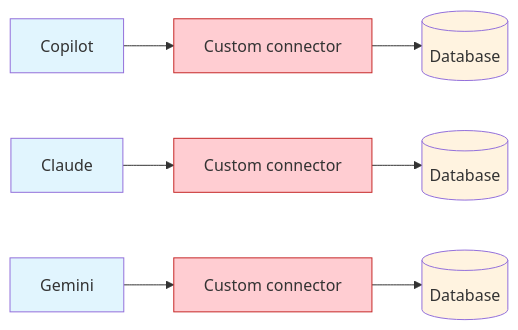
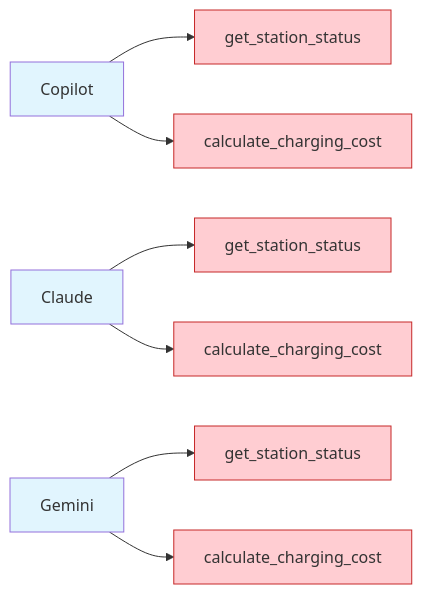
One commit to delegateas/agentic-swe-workshops changed the diagram in images/mcp-problem.mmd. Above: the diagram before and after it, drawn with Mermaid. The commit also changed 3 other files, not shown here.

First line of the commit message:
docs: update MCP diagrams to show tools instead of databases

```diff
--- a/images/mcp-problem.mmd
+++ b/images/mcp-problem.mmd
@@ -1,8 +1,10 @@
 flowchart LR
-    Copilot:::llm --> CC2[Custom connector]:::red --> DB2[(Database)]:::db
-    Claude:::llm --> CC1[Custom connector]:::red --> DB1[(Database)]:::db
-    Gemini:::llm --> CC3[Custom connector]:::red --> DB3[(Database)]:::db
+    Copilot:::llm --> T1[get_station_status]:::red
+    Copilot --> T2[calculate_charging_cost]:::red
+    Claude:::llm --> T3[get_station_status]:::red
+    Claude --> T4[calculate_charging_cost]:::red
+    Gemini:::llm --> T5[get_station_status]:::red
+    Gemini --> T6[calculate_charging_cost]:::red
 
     classDef llm fill:#e1f5fe
     classDef red fill:#ffcdd2,stroke:#c62828
-    classDef db fill:#fff3e0
```
